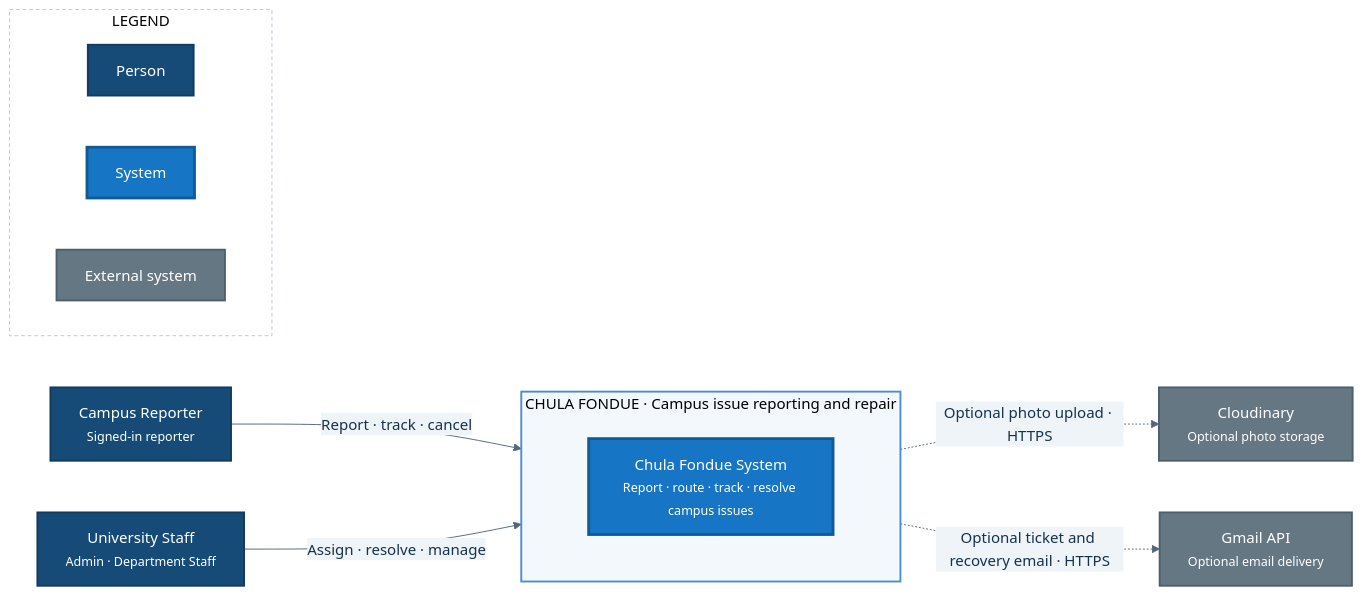
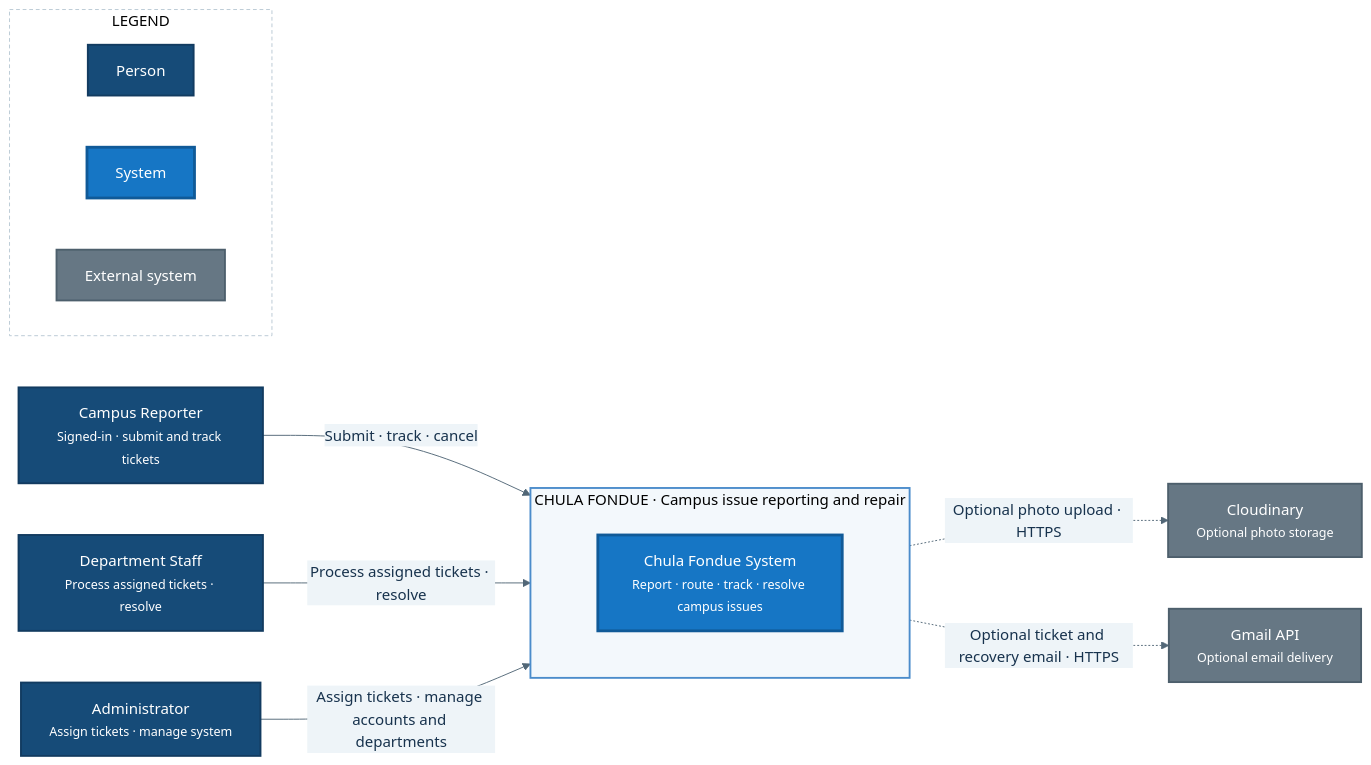
Before and after one commit to Pantipkub/chula-fondue: the diagram in docs/presentation/01-system-context.mmd, drawn with Mermaid. The commit also changed 7 other files, not shown here.

Commit message:
docs: fix context, container, component, sequence diagram

```diff
--- a/docs/presentation/01-system-context.mmd
+++ b/docs/presentation/01-system-context.mmd
@@ -1,33 +1,35 @@
 %%{init: {"theme":"base","themeVariables":{"fontFamily":"Inter, Arial, sans-serif","fontSize":"16px","primaryColor":"#DCEEFF","primaryTextColor":"#17324D","primaryBorderColor":"#4B8CCB","lineColor":"#526777","secondaryColor":"#EEF4F8","tertiaryColor":"#FFFFFF","clusterBkg":"#F5F9FC","clusterBorder":"#9BB9D0"},"flowchart":{"curve":"basis","nodeSpacing":55,"rankSpacing":75,"htmlLabels":true}}}%%
 flowchart LR
-  reporter["Campus Reporter<br/><small>Signed-in reporter</small>"]
-  staff["University Staff<br/><small>Admin · Department Staff</small>"]
+  reporter["Campus Reporter<br/><small>Signed-in · submit and track tickets</small>"]
+  staff["Department Staff<br/><small>Process assigned tickets · resolve</small>"]
+  admin["Administrator<br/><small>Assign tickets · manage system</small>"]
 
   subgraph system["CHULA FONDUE · Campus issue reporting and repair"]
     direction TB
     app["Chula Fondue System<br/><small>Report · route · track · resolve campus issues</small>"]
   end
 
   cloud["Cloudinary<br/><small>Optional photo storage</small>"]
   gmail["Gmail API<br/><small>Optional email delivery</small>"]
 
-  reporter -->|Report · track · cancel| app
-  staff -->|Assign · resolve · manage| app
+  reporter -->|Submit · track · cancel| app
+  staff -->|Process assigned tickets · resolve| app
+  admin -->|Assign tickets · manage accounts and departments| app
   app -.->|Optional photo upload · HTTPS| cloud
   app -.->|Optional ticket and recovery email · HTTPS| gmail
 
   subgraph legend["LEGEND"]
     direction LR
     lperson["Person"]:::person
     lsystem["System"]:::system
     lexternal["External system"]:::external
   end
 
   classDef person fill:#164B78,color:#FFFFFF,stroke:#123B60,stroke-width:2px
   classDef system fill:#1676C5,color:#FFFFFF,stroke:#105A98,stroke-width:3px
   classDef external fill:#667784,color:#FFFFFF,stroke:#4D5F6C,stroke-width:2px
-  class reporter,staff,lperson person
+  class reporter,staff,admin,lperson person
   class app,lsystem system
   class cloud,gmail,lexternal external
   style system fill:#F3F8FC,stroke:#4B8CCB,stroke-width:2px
   style legend fill:#FFFFFF,stroke:#B9C9D5,stroke-dasharray:4 3
```
